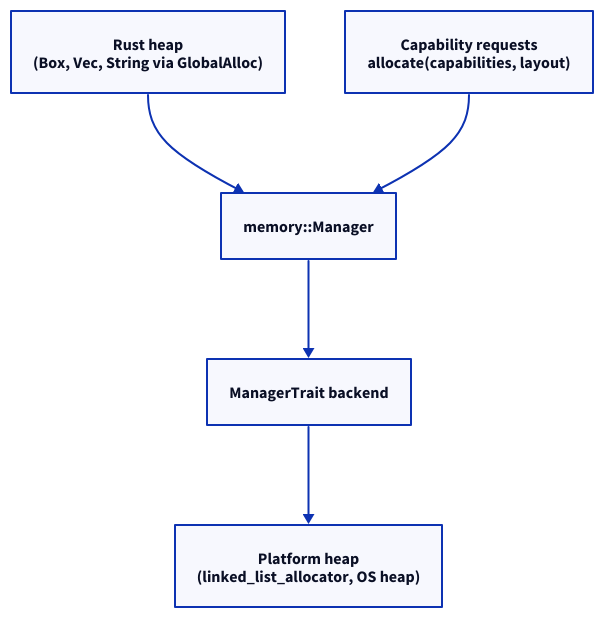
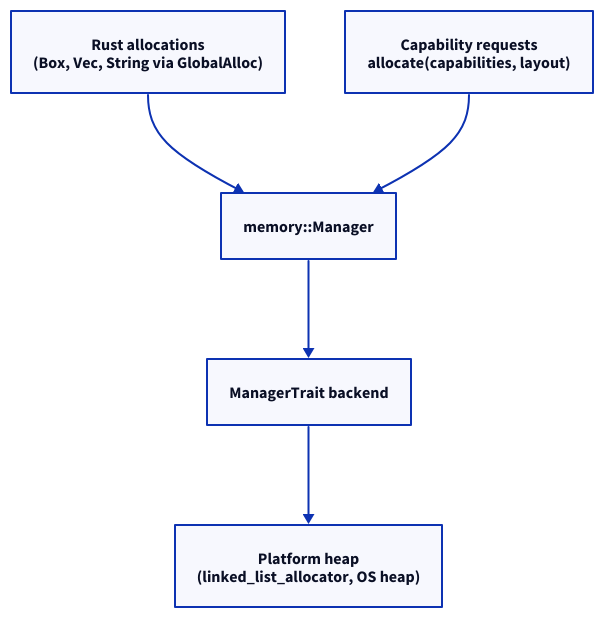
The diagram in src/content/docs/explanation/architecture/subsystems/memory.mdx (xila-project/website), drawn with D2 before and after one commit. The commit also changed 7 other files, not shown here.

First line of the commit message:
docs(diagrams): fix the subsystem diagrams after review

````diff
--- a/src/content/docs/explanation/architecture/subsystems/memory.mdx
+++ b/src/content/docs/explanation/architecture/subsystems/memory.mdx
@@ -26,14 +26,14 @@
 ```d2 title="Allocation requests flowing to the platform heap"
 direction: down
 
-rust_heap: "Rust heap\n(Box, Vec, String via GlobalAlloc)" { class: io }
+rust_heap: "Rust allocations\n(Box, Vec, String via GlobalAlloc)" { class: io }
 requests: "Capability requests\nallocate(capabilities, layout)" { class: io }
-manager: "memory::Manager" { class: focus }
+manager: "memory::Manager" { class: component }
 backend: "ManagerTrait backend" { class: component }
 heap: "Platform heap\n(linked_list_allocator, OS heap)" { class: component }
 
 rust_heap -> manager
 requests -> manager
 manager -> backend
 backend -> heap
 ```
````
